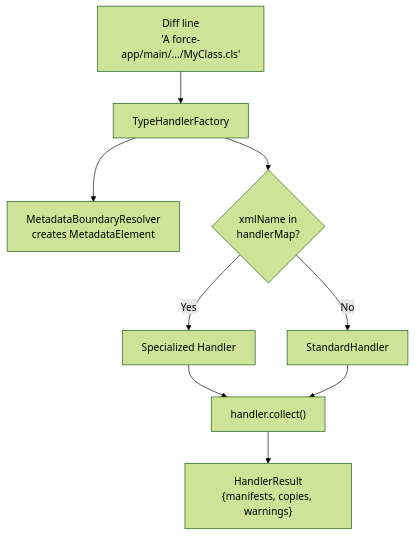
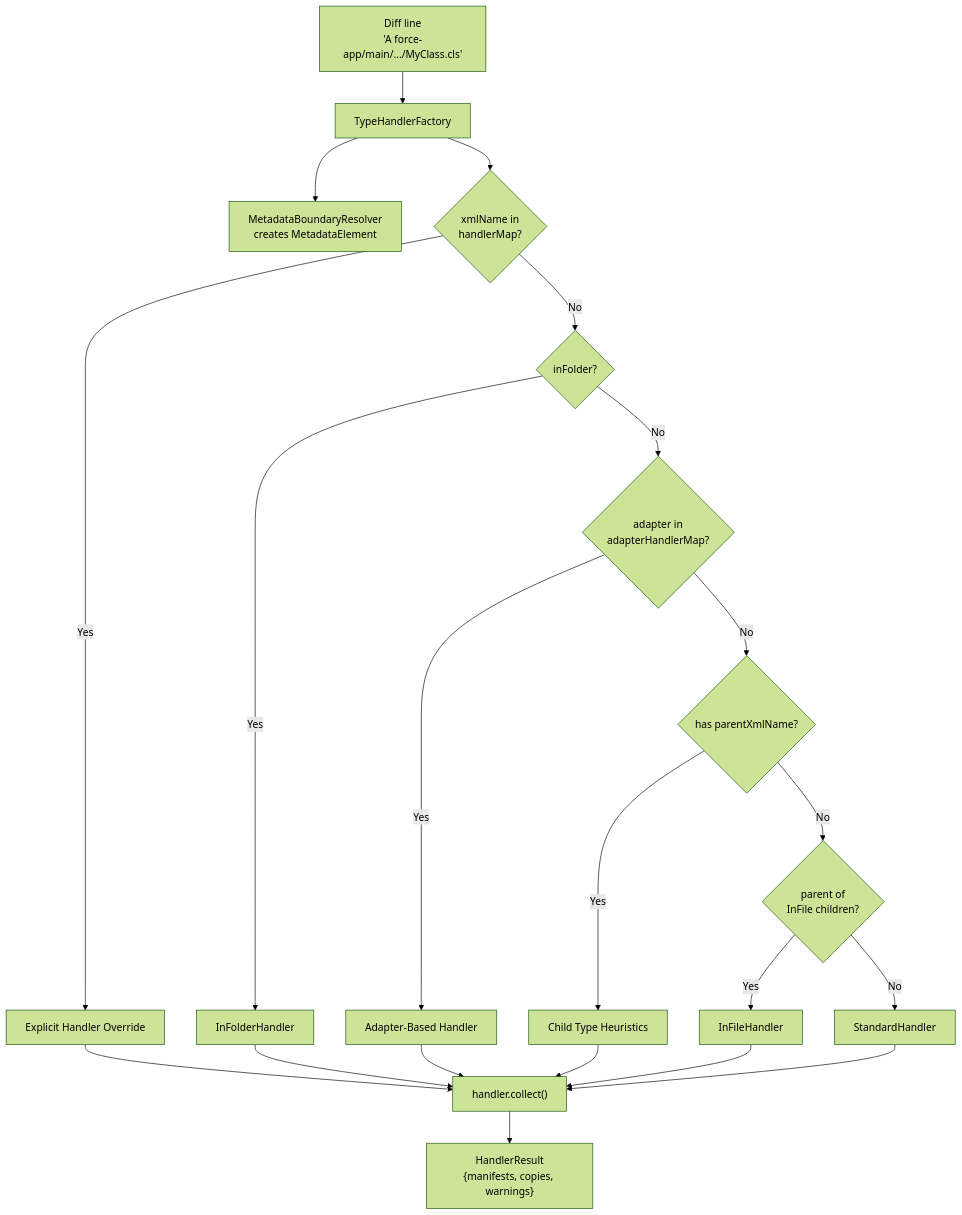
One commit to scolladon/sfdx-git-delta changed the third of 5 diagrams in DESIGN.md. Above: the diagram before and after it, drawn with Mermaid (forest theme). The commit also changed other lines of this file and 8 other files, not shown here.

````diff
--- a/DESIGN.md
+++ b/DESIGN.md
@@ -119,11 +121,23 @@
 ```mermaid
 flowchart TD
     Line["Diff line<br/>'A force-app/main/.../MyClass.cls'"] --> TF["TypeHandlerFactory"]
     TF --> ME["MetadataBoundaryResolver<br/>creates MetadataElement"]
-    TF --> HM{"xmlName in<br/>handlerMap?"}
-    HM -->|Yes| SH["Specialized Handler"]
-    HM -->|No| DH["StandardHandler"]
-    SH --> C["handler.collect()"]
+    TF --> T1{"xmlName in<br/>handlerMap?"}
+    T1 -->|Yes| SH["Explicit Handler Override"]
+    T1 -->|No| T2{"inFolder?"}
+    T2 -->|Yes| IF["InFolderHandler"]
+    T2 -->|No| T3{"adapter in<br/>adapterHandlerMap?"}
+    T3 -->|Yes| AH["Adapter-Based Handler"]
+    T3 -->|No| T4{"has parentXmlName?"}
+    T4 -->|Yes| CH["Child Type Heuristics"]
+    T4 -->|No| T5{"parent of<br/>InFile children?"}
+    T5 -->|Yes| IFH["InFileHandler"]
+    T5 -->|No| DH["StandardHandler"]
+    CH --> C["handler.collect()"]
+    SH --> C
+    IF --> C
+    AH --> C
+    IFH --> C
     DH --> C
     C --> HR["HandlerResult<br/>{manifests, copies, warnings}"]
 ```
````
